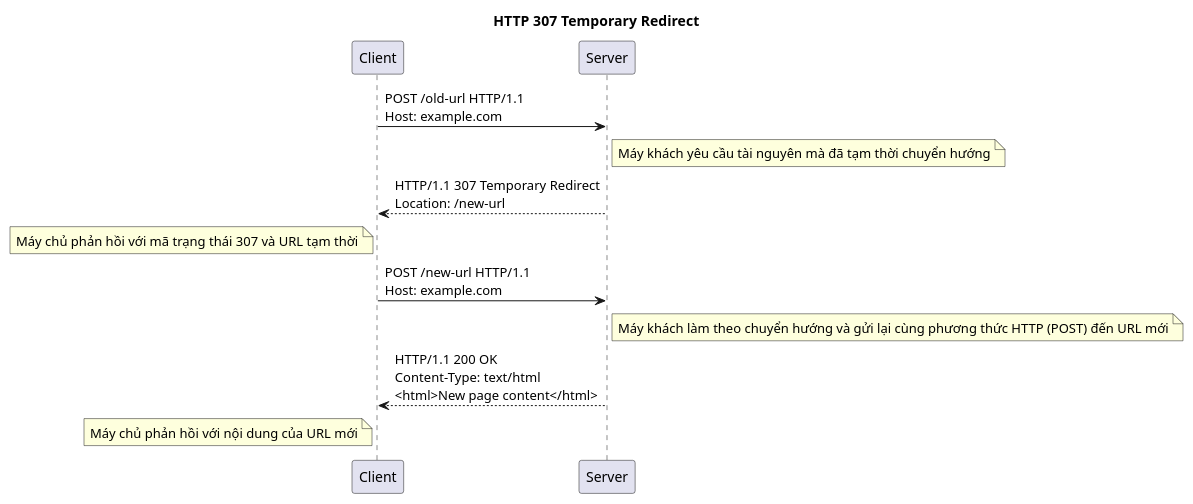
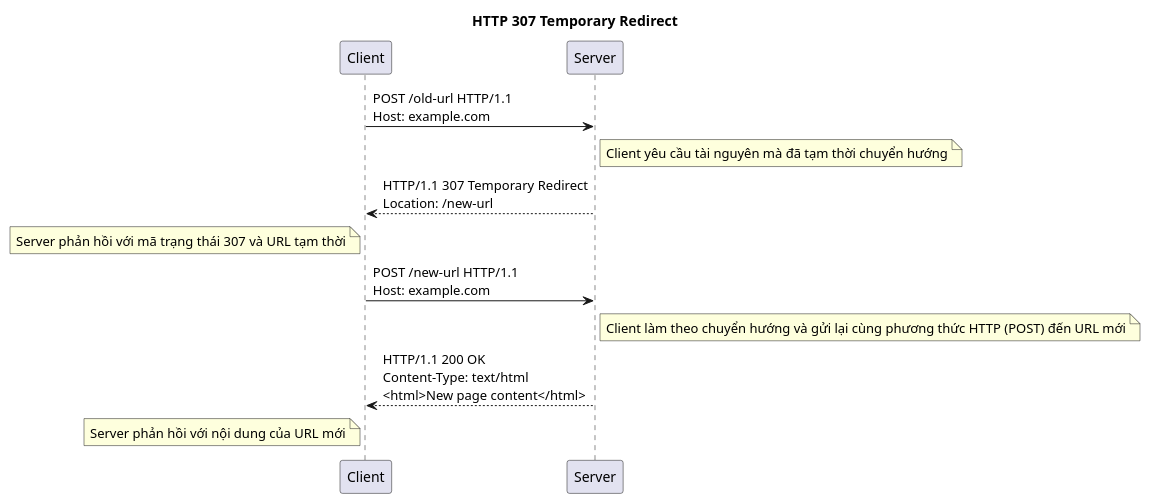
One commit to thanhlv-com/thanhlv-blog changed diagram 17 of 27 in packages/apps/src/blog/2024-12-05-y-nghia-cua-cac-http-status-code.md. Above: the diagram before and after it, drawn with PlantUML. The commit also changed other lines of this file, not shown here.

````diff
--- a/packages/apps/src/blog/2024-12-05-y-nghia-cua-cac-http-status-code.md
+++ b/packages/apps/src/blog/2024-12-05-y-nghia-cua-cac-http-status-code.md
@@ -594,21 +594,21 @@
 ```plantuml
 @startuml
 
 title HTTP 307 Temporary Redirect
 
 participant "Client" as C
 participant "Server" as S
 
 C -> S: POST /old-url HTTP/1.1\nHost: example.com
-note right of S: Máy khách yêu cầu tài nguyên mà đã tạm thời chuyển hướng
+note right of S: Client yêu cầu tài nguyên mà đã tạm thời chuyển hướng
 
 S --> C: HTTP/1.1 307 Temporary Redirect\nLocation: /new-url
-note left of C: Máy chủ phản hồi với mã trạng thái 307 và URL tạm thời
+note left of C: Server phản hồi với mã trạng thái 307 và URL tạm thời
 
 C -> S: POST /new-url HTTP/1.1\nHost: example.com
-note right of S: Máy khách làm theo chuyển hướng và gửi lại cùng phương thức HTTP (POST) đến URL mới
+note right of S: Client làm theo chuyển hướng và gửi lại cùng phương thức HTTP (POST) đến URL mới
 
 S --> C: HTTP/1.1 200 OK\nContent-Type: text/html\n<html>New page content</html>
-note left of C: Máy chủ phản hồi với nội dung của URL mới
+note left of C: Server phản hồi với nội dung của URL mới
 @enduml
 ```
````
